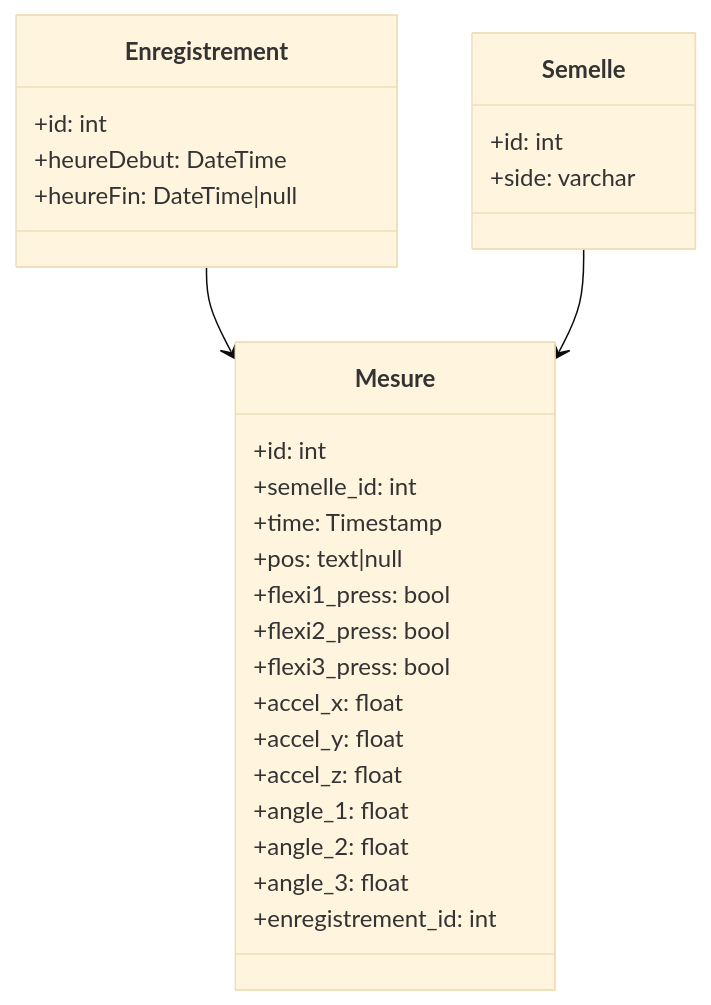
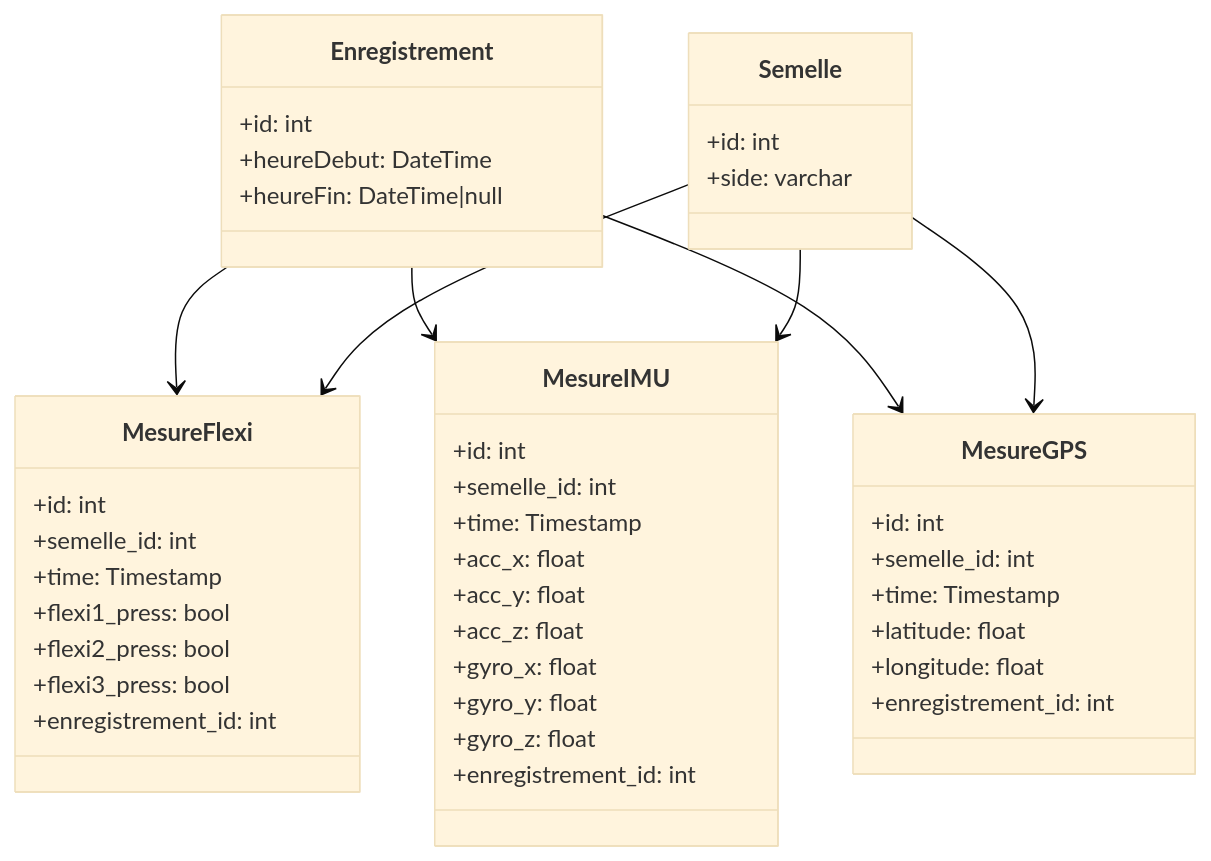
The diagram in semelle/README.md (lpeyr/p2i), drawn with Mermaid (base theme) before and after one commit. The commit also changed other lines of this file, not shown here.

Commit message:
doc: Add new DB schema

````diff
--- a/semelle/README.md
+++ b/semelle/README.md
@@ -41,32 +41,51 @@
 ```mermaid
 classDiagram
     class Semelle {
         +id: int
         +side: varchar
     }
-    class Mesure {
+    class MesureFlexi {
         +id: int
         +semelle_id: int
         +time: Timestamp
-        +pos: text|null
         +flexi1_press: bool
         +flexi2_press: bool
         +flexi3_press: bool
-        +accel_x: float
-        +accel_y: float
-        +accel_z: float
-        +angle_1: float
-        +angle_2: float
-        +angle_3: float
+        +enregistrement_id: int
+    }
+
+    class MesureIMU {
+        +id: int
+        +semelle_id: int
+        +time: Timestamp
+        +acc_x: float
+        +acc_y: float
+        +acc_z: float
+        +gyro_x: float
+        +gyro_y: float
+        +gyro_z: float
+        +enregistrement_id: int
+    }
+
+    class MesureGPS {
+        +id: int
+        +semelle_id: int
+        +time: Timestamp
+        +latitude: float
+        +longitude: float
         +enregistrement_id: int
     }
 
     class Enregistrement {
         +id: int
         +heureDebut: DateTime
         +heureFin: DateTime|null
     }
 
-    Enregistrement --> Mesure
-    Semelle --> Mesure
+    Enregistrement --> MesureFlexi
+    Semelle --> MesureFlexi
+    Enregistrement --> MesureIMU
+    Semelle --> MesureIMU
+    Enregistrement --> MesureGPS
+    Semelle --> MesureGPS
 ```
````
